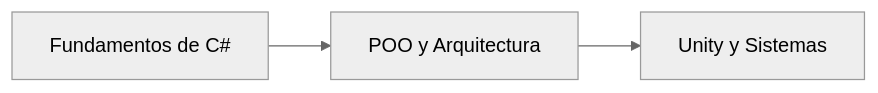
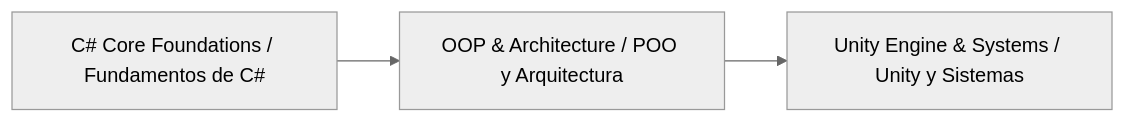
Before and after one commit to alanfabzlab/Developer-Knowledge-Base: the diagram in 🟣 CSharp/README-ES.md, drawn with Mermaid (neutral theme). The commit also changed other lines of this file and 9 other files, not shown here.

````diff
--- a/🟣 CSharp/README-ES.md
+++ b/🟣 CSharp/README-ES.md
@@ -66,9 +87,9 @@
 ```mermaid
 flowchart LR
-    A[Fundamentos de C#] --> B[POO y Arquitectura]
-    B --> C[Unity y Sistemas]
+    A[C# Core Foundations / Fundamentos de C#] --> B[OOP & Architecture / POO y Arquitectura]
+    B --> C[Unity Engine & Systems / Unity y Sistemas]
 
-    click A "#" "Tipos de datos, control de flujo, métodos y memoria"
-    click B "#" "Clases, herencia, LINQ e interfaces"
-    click C "#" "Ciclo de vida de MonoBehaviour y ScriptableObjects"
+    click A "#" "Data types, control flow, methods & memory / Tipos de datos, control de flujo, métodos y memoria"
+    click B "#" "Classes, inheritance, LINQ & interfaces / Clases, herencia, LINQ e interfaces"
+    click C "#" "MonoBehaviour lifecycle & ScriptableObjects / Ciclo de vida de MonoBehaviour y ScriptableObjects"
 ```
````
